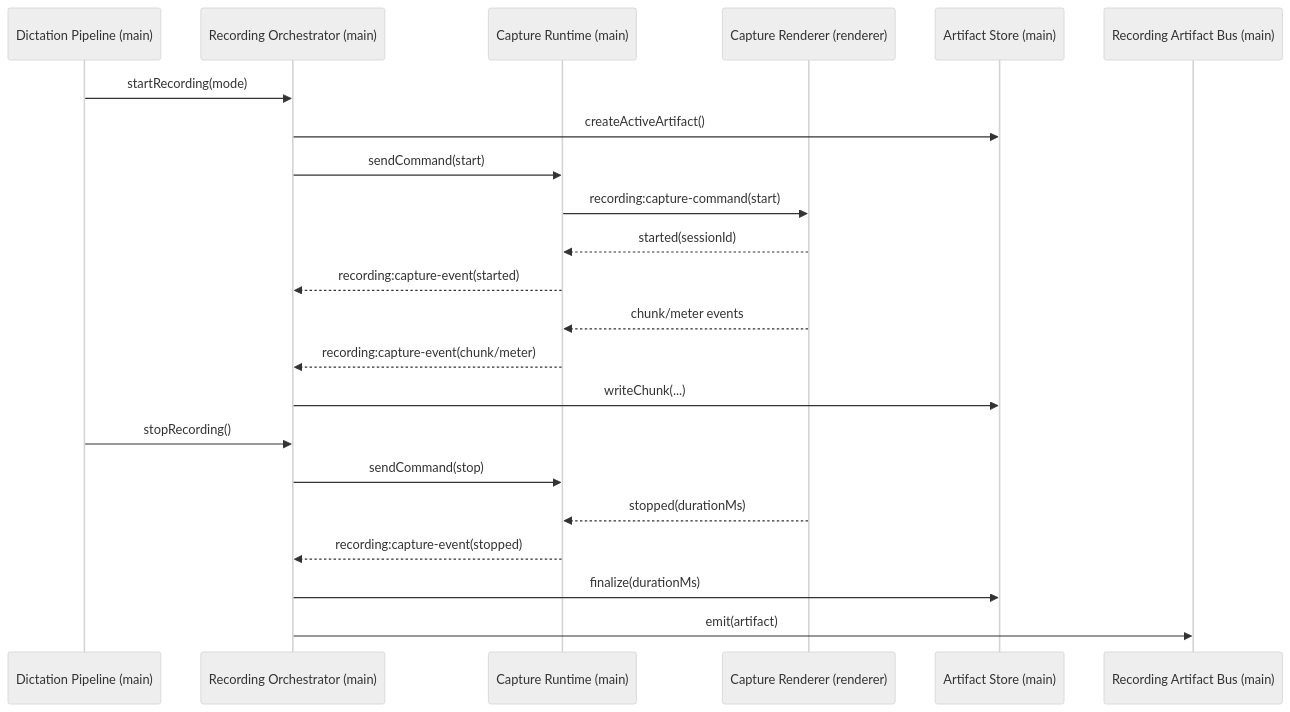
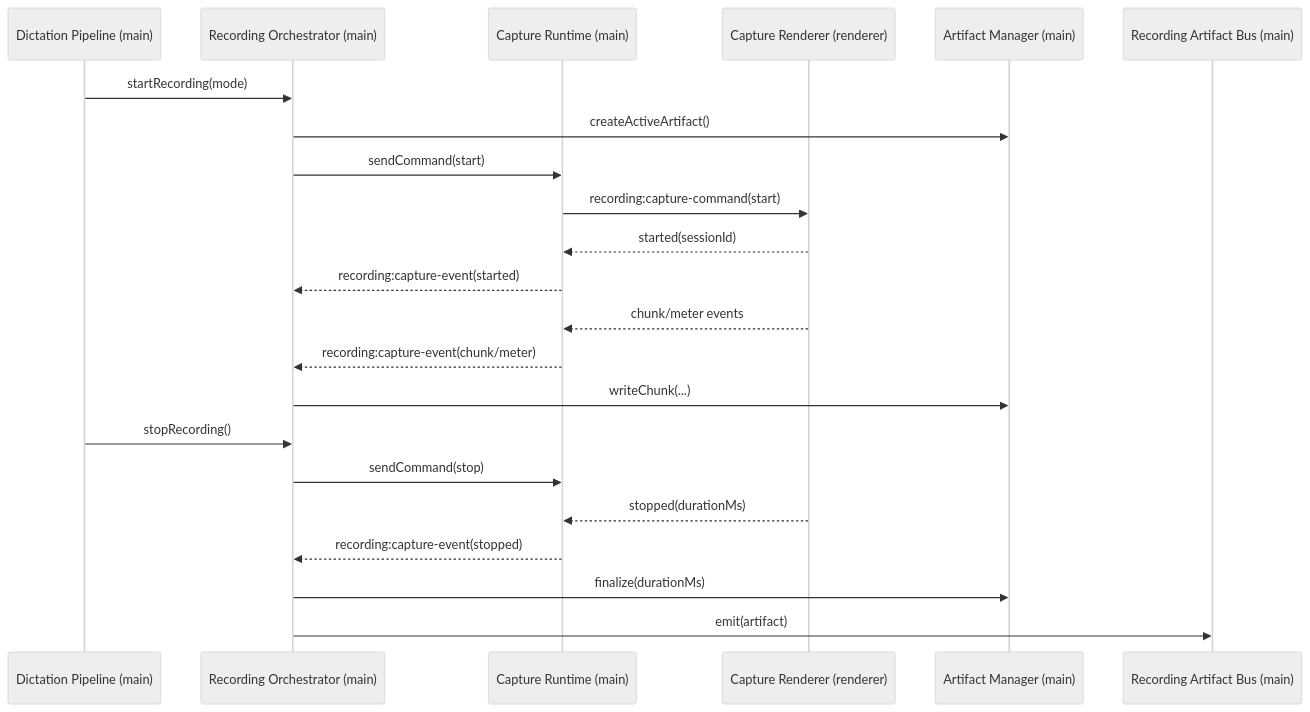
One commit to MateuszRomek/openvocaly changed the first of 2 diagrams in docs/recording/flows.md. Above: the diagram before and after it, drawn with Mermaid (neutral theme). The commit also changed other lines of this file and 140 other files, not shown here.

````diff
--- a/docs/recording/flows.md
+++ b/docs/recording/flows.md
@@ -5,26 +5,26 @@
 ```mermaid
 sequenceDiagram
   participant DP as Dictation Pipeline (main)
   participant R as Recording Orchestrator (main)
   participant C as Capture Runtime (main)
   participant CR as Capture Renderer (renderer)
-  participant A as Artifact Store (main)
+  participant A as Artifact Manager (main)
   participant B as Recording Artifact Bus (main)
 
   DP->>R: startRecording(mode)
   R->>A: createActiveArtifact()
   R->>C: sendCommand(start)
   C->>CR: recording:capture-command(start)
   CR-->>C: started(sessionId)
   C-->>R: recording:capture-event(started)
   CR-->>C: chunk/meter events
   C-->>R: recording:capture-event(chunk/meter)
   R->>A: writeChunk(...)
 
   DP->>R: stopRecording()
   R->>C: sendCommand(stop)
   CR-->>C: stopped(durationMs)
   C-->>R: recording:capture-event(stopped)
   R->>A: finalize(durationMs)
   R->>B: emit(artifact)
 ```
````
